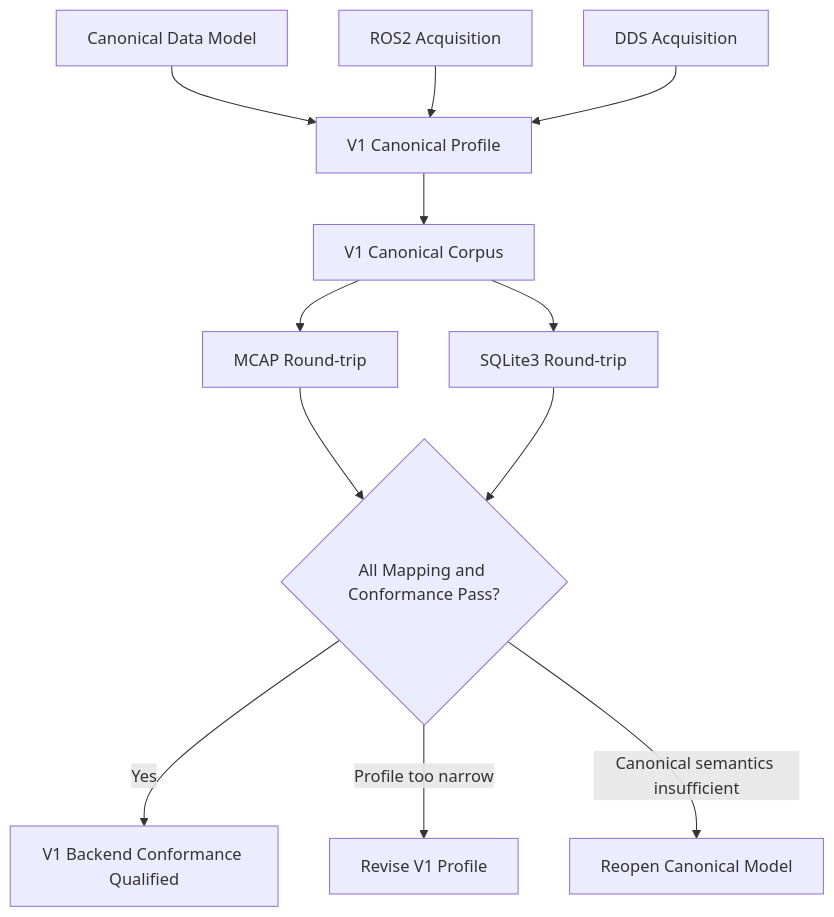
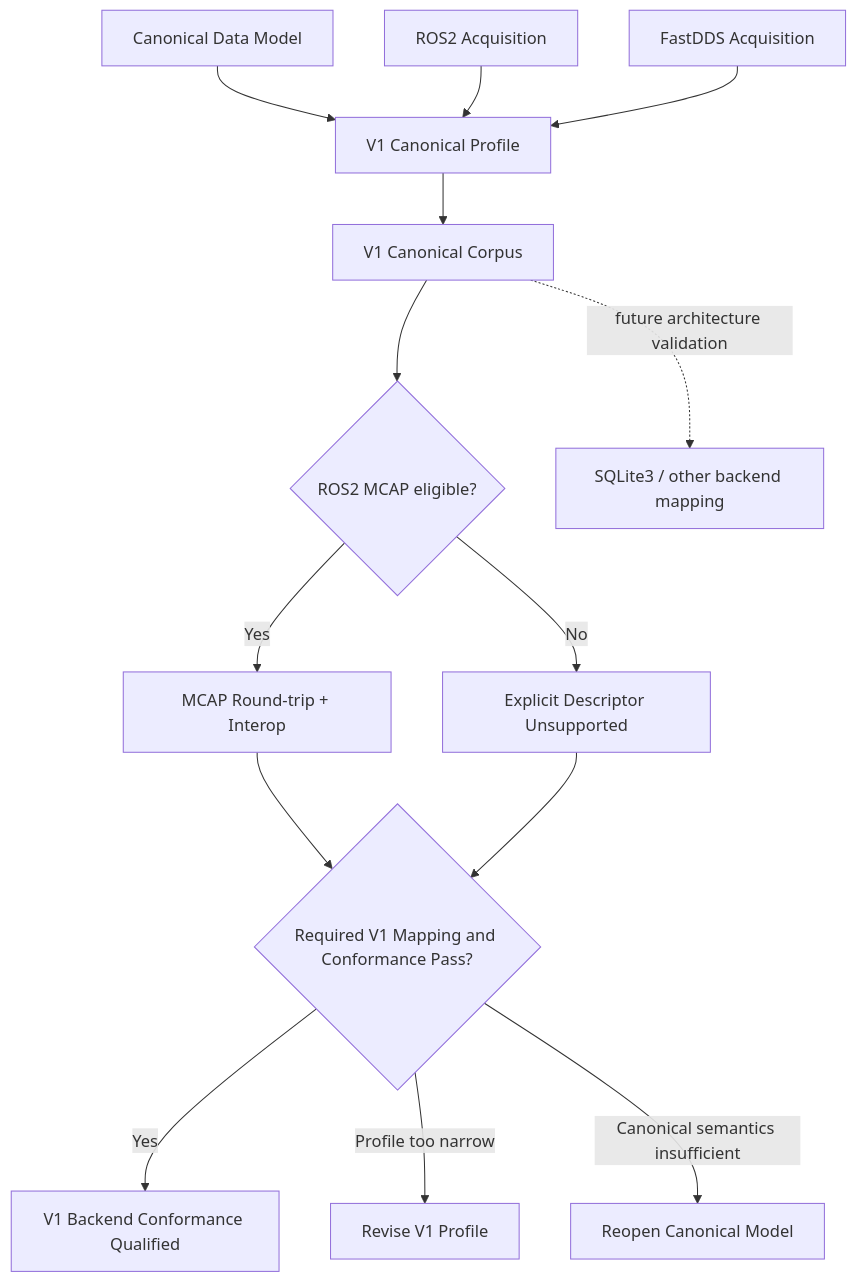
Before and after one commit to SiYueY/rodaq: the fifth of 5 diagrams in docs/design/canonical_profile.md, drawn with Mermaid. The commit also changed other lines of this file and 17 other files, not shown here.

Commit message:
docs: converge V1 acquisition and MCAP interoperability

````diff
--- a/docs/design/canonical_profile.md
+++ b/docs/design/canonical_profile.md
@@ -3620,22 +3583,24 @@
 ```mermaid
 flowchart TD
     CDM[Canonical Data Model]
     V1[V1 Canonical Profile]
 
     CDM --> V1
 
     ROS[ROS2 Acquisition] --> V1
-    DDS[DDS Acquisition] --> V1
+    FDD[FastDDS Acquisition] --> V1
 
     V1 --> CORPUS[V1 Canonical Corpus]
 
-    CORPUS --> MCAP[MCAP Round-trip]
-    CORPUS --> SQL[SQLite3 Round-trip]
+    CORPUS --> ELIG{ROS2 MCAP eligible?}
+    ELIG -->|Yes| MCAP[MCAP Round-trip + Interop]
+    ELIG -->|No| UNSUP[Explicit Descriptor Unsupported]
+    CORPUS -. future architecture validation .-> SQL[SQLite3 / other backend mapping]
 
-    MCAP --> REVIEW{All Mapping and Conformance Pass?}
-    SQL --> REVIEW
+    MCAP --> REVIEW{Required V1 Mapping and Conformance Pass?}
+    UNSUP --> REVIEW
 
     REVIEW -->|Yes| QUALIFIED[V1 Backend Conformance Qualified]
     REVIEW -->|Profile too narrow| UPDATE[Revise V1 Profile]
     REVIEW -->|Canonical semantics insufficient| REOPEN[Reopen Canonical Model]
 ```
````
